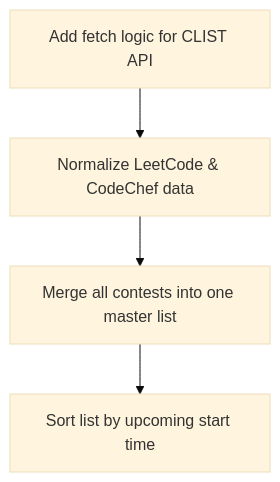
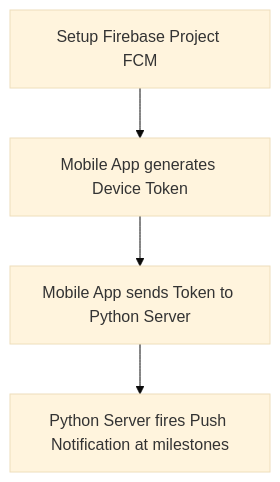
Before and after one commit to Susovan07-Slice/Contest-alert: the third of 4 diagrams in architecture.md, drawn with Mermaid (base theme). The commit also changed other lines of this file and 19 other files, not shown here.

Commit message:
feat: Add Mobile App with Multi-Platform tracking, mock API fallback, and custom Rating Graphs

````diff
--- a/architecture.md
+++ b/architecture.md
@@ -52,6 +35,6 @@
 ```mermaid
 graph TD;
-    A[Add fetch logic for CLIST API] --> B[Normalize LeetCode & CodeChef data];
-    B --> C[Merge all contests into one master list];
-    C --> D[Sort list by upcoming start time];
+    A[Setup Firebase Project FCM] --> B[Mobile App generates Device Token];
+    B --> C[Mobile App sends Token to Python Server];
+    C --> D[Python Server fires Push Notification at milestones];
 ```
````
